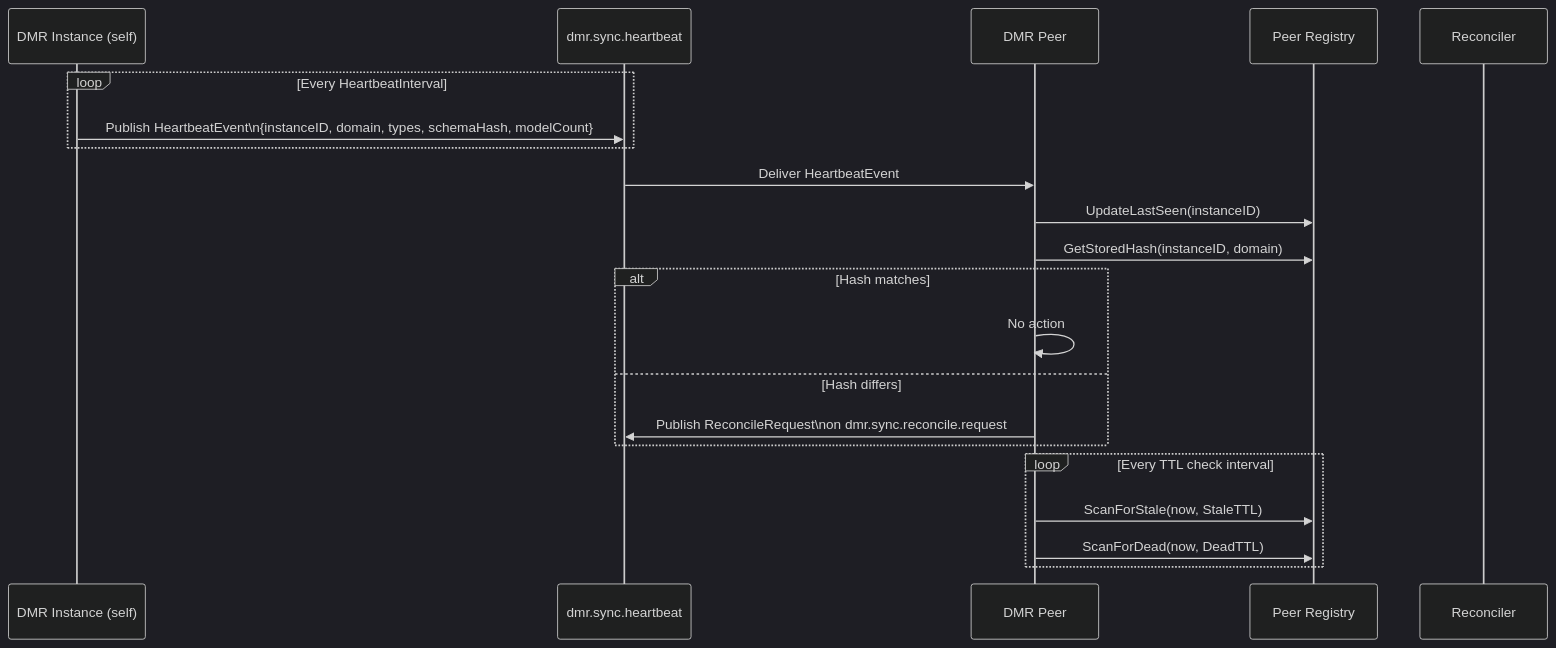
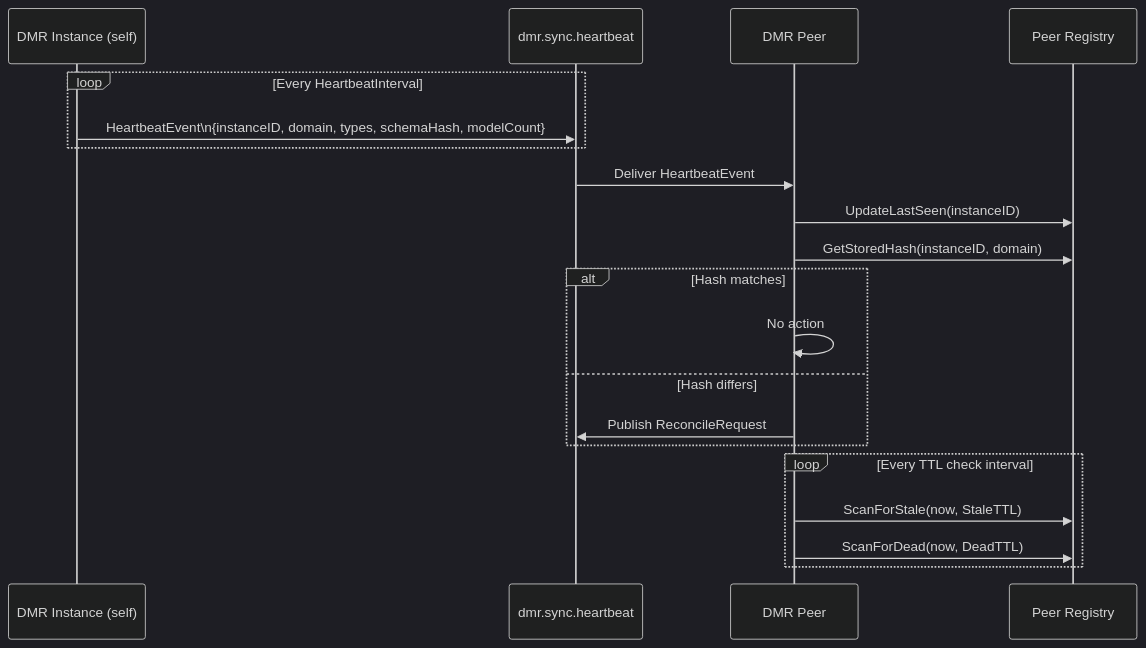
One commit to emirbh/misc changed diagram 13 of 17 in data-model-registry/dmr-sync-design.md. Above: the diagram before and after it, drawn with Mermaid (dark theme). The commit also changed other lines of this file, not shown here.

Commit message:
dmr sync

````diff
--- a/data-model-registry/dmr-sync-design.md
+++ b/data-model-registry/dmr-sync-design.md
@@ -650,27 +685,26 @@
 ```mermaid
 sequenceDiagram
     participant Self as DMR Instance (self)
     participant B as dmr.sync.heartbeat
     participant Peer as DMR Peer
     participant Reg as Peer Registry
-    participant Rec as Reconciler
 
     loop Every HeartbeatInterval
-        Self->>B: Publish HeartbeatEvent\n{instanceID, domain, types, schemaHash, modelCount}
+        Self->>B: HeartbeatEvent\n{instanceID, domain, types, schemaHash, modelCount}
     end
 
     B->>Peer: Deliver HeartbeatEvent
     Peer->>Reg: UpdateLastSeen(instanceID)
     Peer->>Reg: GetStoredHash(instanceID, domain)
 
     alt Hash matches
         Peer->>Peer: No action
     else Hash differs
-        Peer->>B: Publish ReconcileRequest\non dmr.sync.reconcile.request
+        Peer->>B: Publish ReconcileRequest
     end
 
     loop Every TTL check interval
         Peer->>Reg: ScanForStale(now, StaleTTL)
         Peer->>Reg: ScanForDead(now, DeadTTL)
     end
 ```
````
